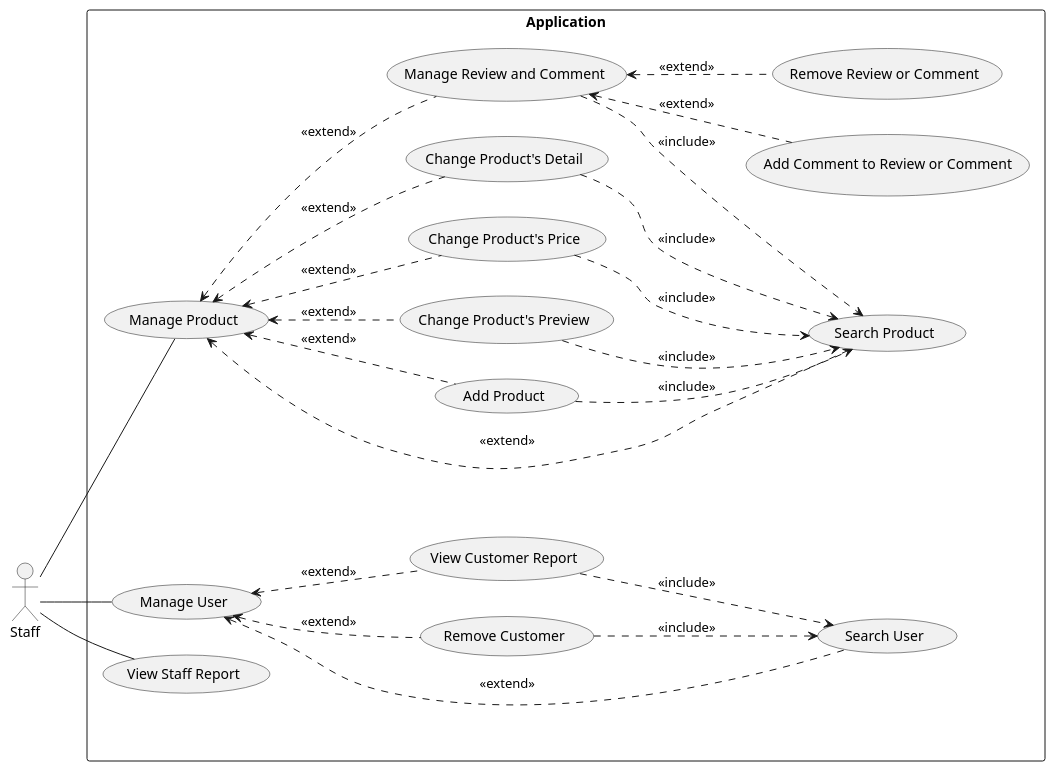
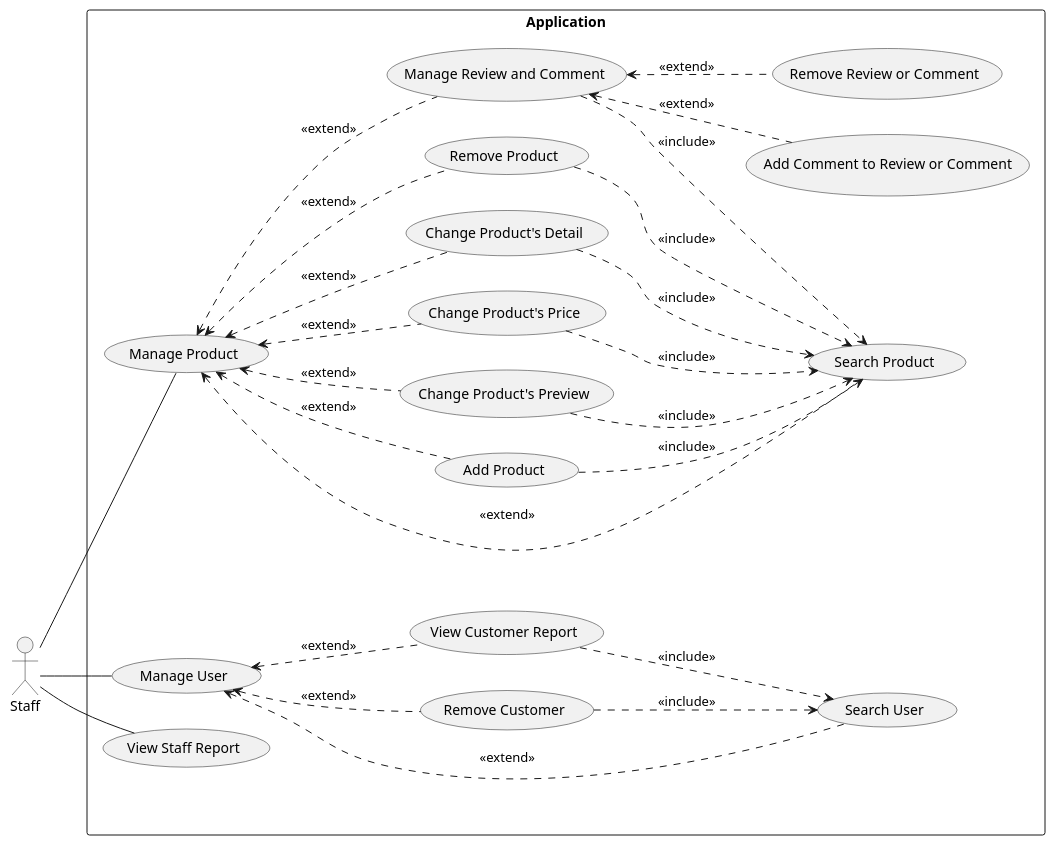
The diagram in docs/docs/usecase/staff.md (electricilies/electricilies.github.io), drawn with PlantUML before and after one commit. The commit also changed 3 other files, not shown here.

Commit message:
feat: add remove-product usecase

````diff
--- a/docs/docs/usecase/staff.md
+++ b/docs/docs/usecase/staff.md
@@ -3,47 +3,50 @@
 ```plantuml
 @startuml
 left to right direction
 actor Staff
 
 rectangle "Application" {
   usecase UC01 as "Manage Product"
   usecase UC02 as "Search Product"
   usecase UC03 as "Add Product"
   usecase UC04 as "Change Product's Preview"
   usecase UC05 as "Change Product's Price"
   usecase UC06 as "Change Product's Detail"
-  usecase UC07 as "Manage Review and Comment"
-  usecase UC08 as "Add Comment to Review or Comment"
-  usecase UC09 as "Remove Review or Comment"
-  usecase UC10 as "Manage User"
-  usecase UC11 as "Search User"
-  usecase UC12 as "Remove Customer"
-  usecase UC13 as "View Customer Report"
-  usecase UC14 as "View Staff Report"
+  usecase UC07 as "Remove Product"
+  usecase UC08 as "Manage Review and Comment"
+  usecase UC09 as "Add Comment to Review or Comment"
+  usecase UC10 as "Remove Review or Comment"
+  usecase UC11 as "Manage User"
+  usecase UC12 as "Search User"
+  usecase UC13 as "Remove Customer"
+  usecase UC14 as "View Customer Report"
+  usecase UC15 as "View Staff Report"
 }
 
 Staff -- UC01
-Staff -- UC10
-Staff -- UC14
+Staff -- UC11
+Staff -- UC15
 
 UC01 <.. UC02 : <<extend>>
 UC01 <.. UC03 : <<extend>>
 UC01 <.. UC04 : <<extend>>
 UC01 <.. UC05 : <<extend>>
 UC01 <.. UC06 : <<extend>>
 UC01 <.. UC07 : <<extend>>
+UC01 <.. UC08 : <<extend>>
 UC03 ..> UC02 : <<include>>
 UC04 ..> UC02 : <<include>>
 UC05 ..> UC02 : <<include>>
 UC06 ..> UC02 : <<include>>
 UC07 ..> UC02 : <<include>>
-UC07 <.. UC08 : <<extend>>
-UC07 <.. UC09 : <<extend>>
-UC10 <.. UC11 : <<extend>>
-UC10 <.. UC12 : <<extend>>
-UC10 <.. UC13 : <<extend>>
-UC12 ..> UC11 : <<include>>
-UC13 ..> UC11 : <<include>>
+UC08 ..> UC02 : <<include>>
+UC08 <.. UC09 : <<extend>>
+UC08 <.. UC10 : <<extend>>
+UC11 <.. UC12 : <<extend>>
+UC11 <.. UC13 : <<extend>>
+UC11 <.. UC14 : <<extend>>
+UC13 ..> UC12 : <<include>>
+UC14 ..> UC12 : <<include>>
 
 @enduml
 ```
````
